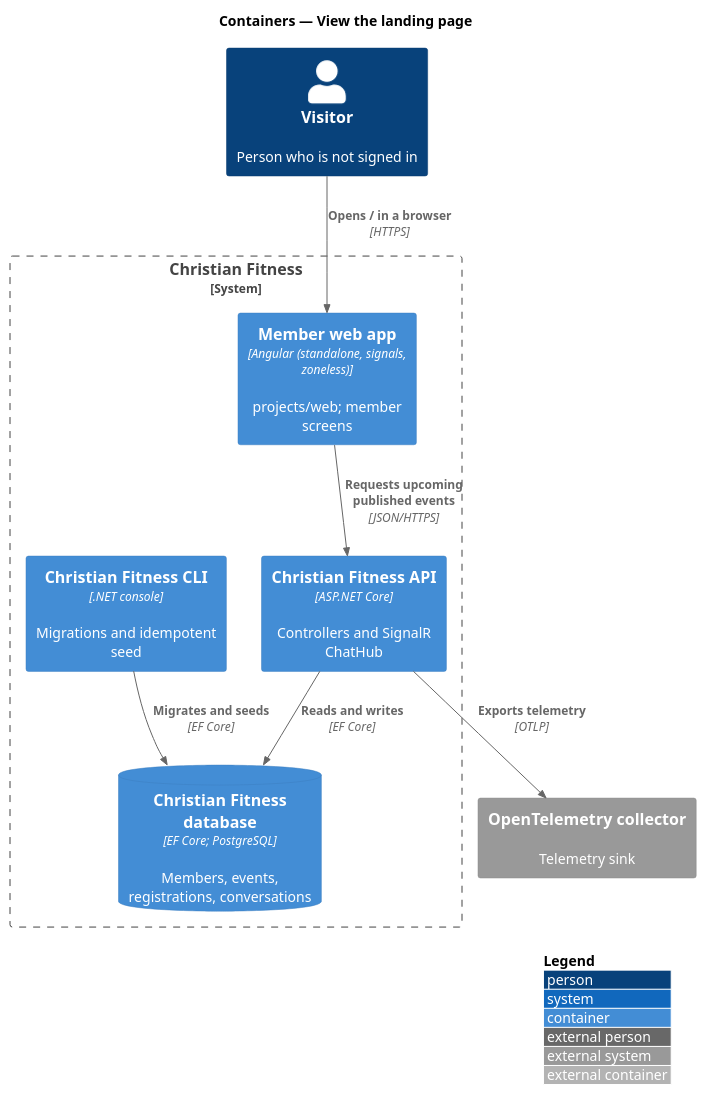
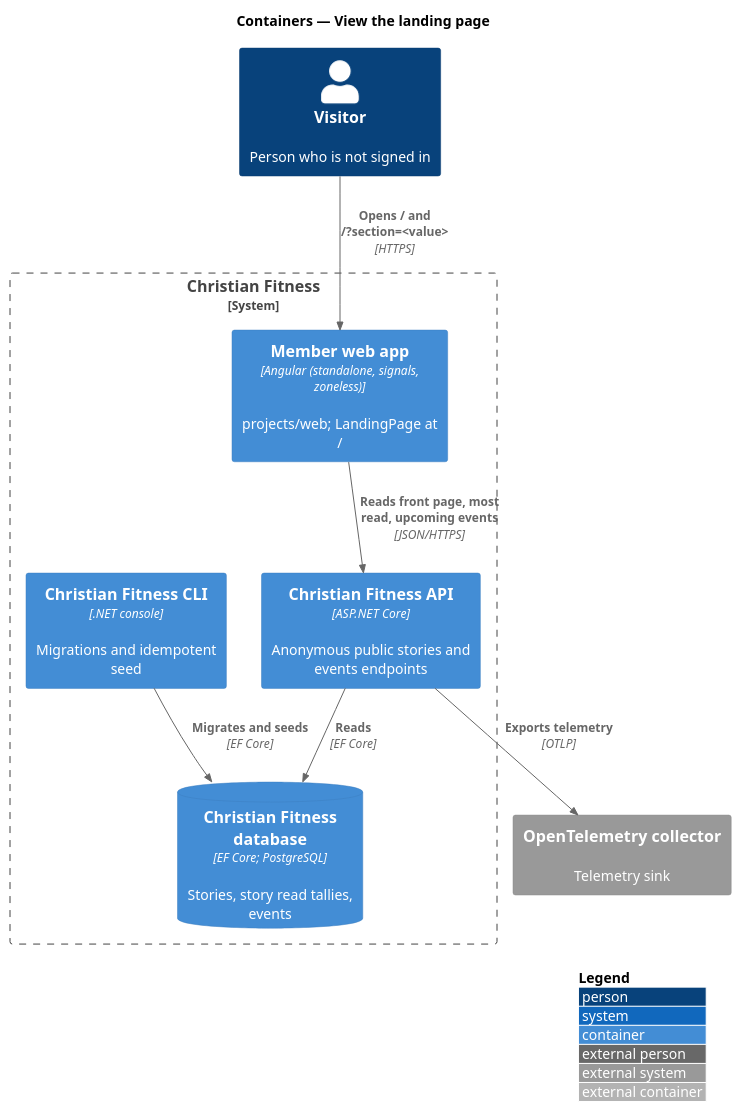
Before and after one commit to QuinntyneBrown/christian-fitness: the diagram in docs/detailed-designs/member-access/view-landing-page/diagrams/c4-container.puml, drawn with PlantUML. The commit also changed 66 other files, not shown here.

```diff
--- a/docs/detailed-designs/member-access/view-landing-page/diagrams/c4-container.puml
+++ b/docs/detailed-designs/member-access/view-landing-page/diagrams/c4-container.puml
@@ -1,20 +1,20 @@
 @startuml
 !include <C4/C4_Container>
 LAYOUT_WITH_LEGEND()
 title Containers — View the landing page
 
-Person(user, "Visitor", "Person who is not signed in")
+Person(visitor, "Visitor", "Person who is not signed in")
 System_Boundary(cf, "Christian Fitness") {
-  Container(web, "Member web app", "Angular (standalone, signals, zoneless)", "projects/web; member screens")
-  Container(api, "Christian Fitness API", "ASP.NET Core", "Controllers and SignalR ChatHub")
-  ContainerDb(db, "Christian Fitness database", "EF Core; PostgreSQL", "Members, events, registrations, conversations")
+  Container(web, "Member web app", "Angular (standalone, signals, zoneless)", "projects/web; LandingPage at /")
+  Container(api, "Christian Fitness API", "ASP.NET Core", "Anonymous public stories and events endpoints")
+  ContainerDb(db, "Christian Fitness database", "EF Core; PostgreSQL", "Stories, story read tallies, events")
   Container(cli, "Christian Fitness CLI", ".NET console", "Migrations and idempotent seed")
 }
 System_Ext(otel, "OpenTelemetry collector", "Telemetry sink")
 
-Rel(user, web, "Opens / in a browser", "HTTPS")
-Rel(web, api, "Requests upcoming published events", "JSON/HTTPS")
-Rel(api, db, "Reads and writes", "EF Core")
+Rel(visitor, web, "Opens / and /?section=<value>", "HTTPS")
+Rel(web, api, "Reads front page, most read, upcoming events", "JSON/HTTPS")
+Rel(api, db, "Reads", "EF Core")
 Rel(cli, db, "Migrates and seeds", "EF Core")
 Rel(api, otel, "Exports telemetry", "OTLP")
 @enduml
```
